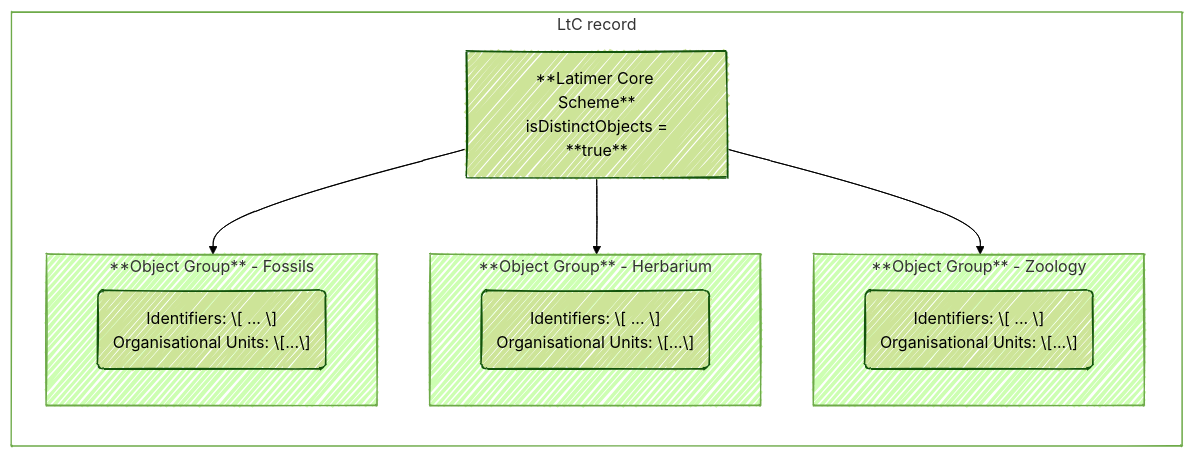
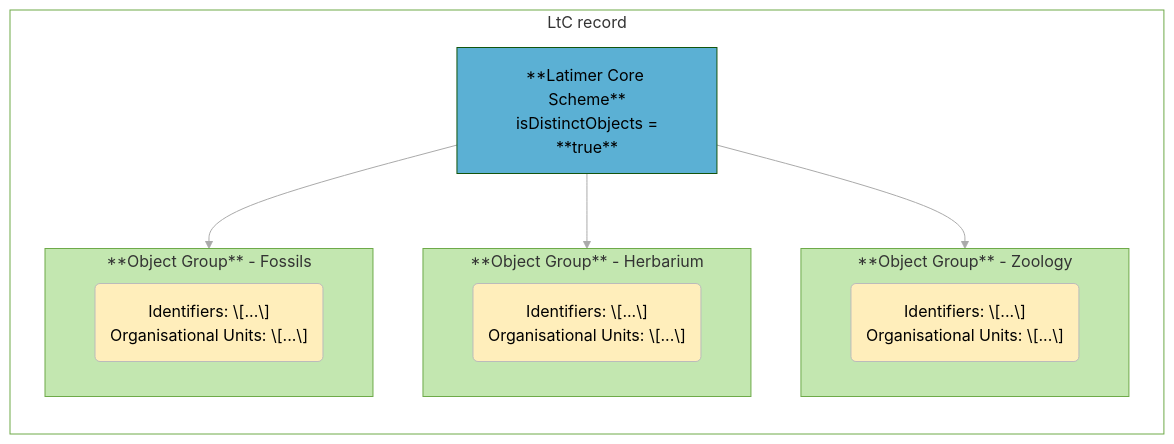
One commit to tdwg/ltc changed the first of 2 diagrams in source/examples/json/GrSciColl/readme.md. Above: the diagram before and after it, drawn with Mermaid. The commit also changed other lines of this file, not shown here.

Commit message:
update graphs

````diff
--- a/source/examples/json/GrSciColl/readme.md
+++ b/source/examples/json/GrSciColl/readme.md
@@ -11,35 +11,44 @@
 ```mermaid
 ---
 displayMode: compact
 config:
-  look: handDrawn
   theme: forest
+  themeVariables:
+    lineColor: '#aaa'
 ---
 flowchart LR
+
 
     subgraph LtC["LtC record"]
 
     g1["**Latimer Core Scheme**<br /> isDistinctObjects = **true**"]
 
     subgraph OG1 [**Object Group** - Herbarium]
-        2("Identifiers: \[ ... \]<br />Organisational Units: \[...\]")
+        c2("Identifiers: \[...\]<br />Organisational Units: \[...\]")
     end
 
     subgraph OG2 [**Object Group** - Zoology]
-        3("Identifiers: \[ ... \]<br />Organisational Units: \[...\]")
+        c3("Identifiers: \[...\]<br />Organisational Units: \[...\]")
     end
 
     subgraph OG3 [**Object Group** - Fossils]
-        4("Identifiers: \[ ... \]<br />Organisational Units: \[...\]")
+        c4("Identifiers: \[...\]<br />Organisational Units: \[...\]")
     end
 
     end
 
 LtC:::top
-g1 --> OG1
-g1 --> OG2
-g1 --> OG3
+g1:::scheme --> OG1:::main
+g1 --> OG2:::main
+g1 --> OG3:::main
+
+c2:::guts
+c3:::guts
+c4:::guts
 
 classDef top fill:#fff,stroke:#6eaa49;
+classDef scheme fill:#5bb0d4;
+classDef main fill:#c3e7b0,stroke:#6eaa49;
+classDef guts fill:#feb,stroke:#bbb;
 
 ```
````
